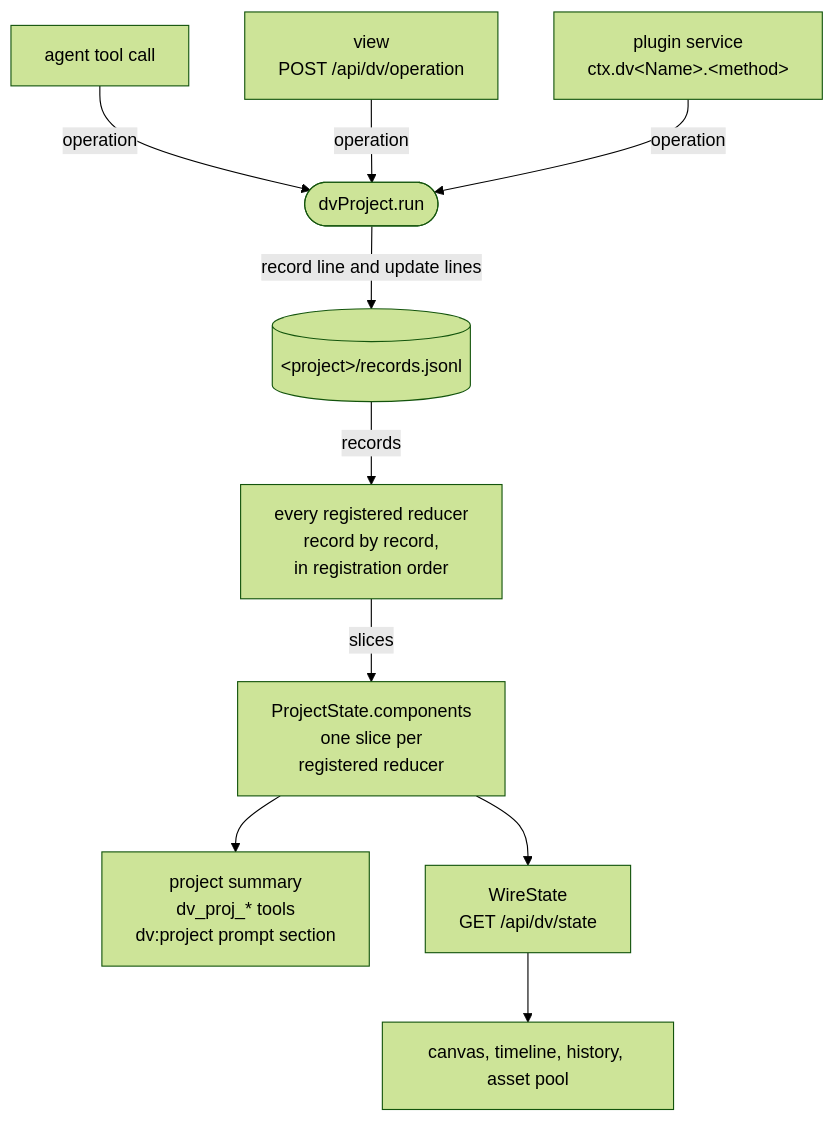
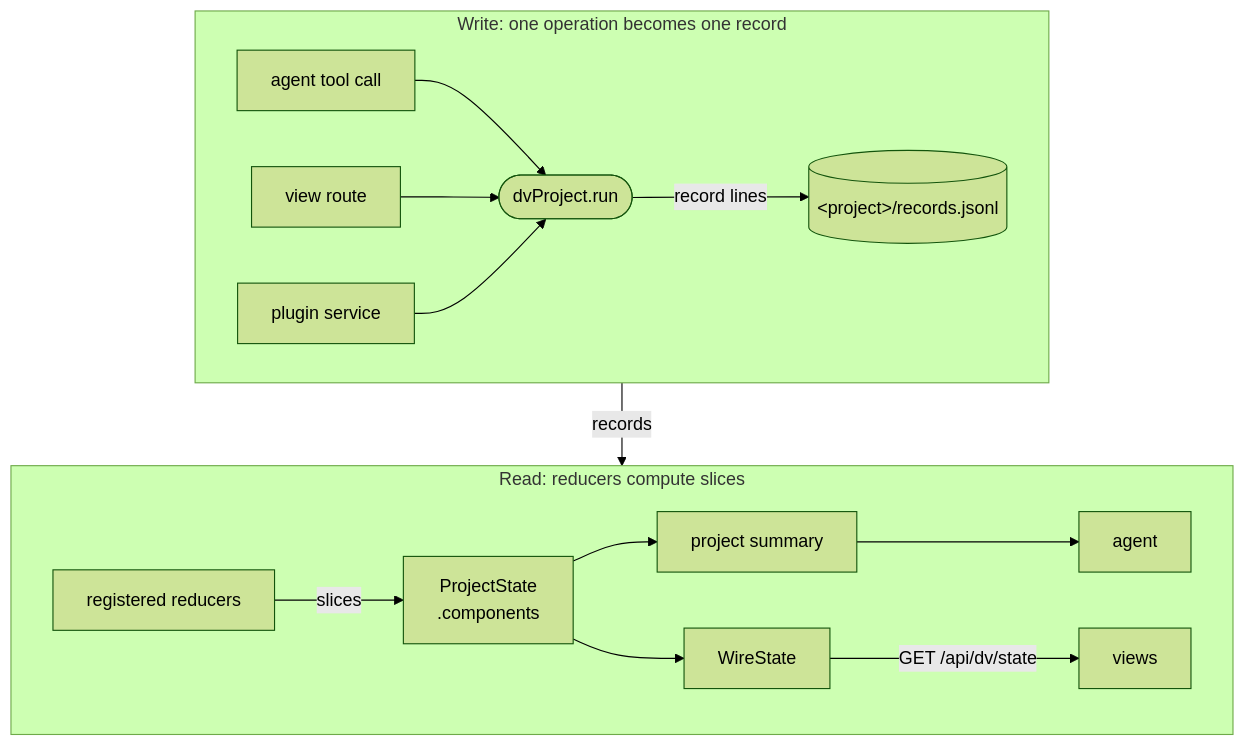
One commit to fastvideo-project/dreamverse-harness changed the third of 3 diagrams in docs/dreamverse/architecture.md. Above: the diagram before and after it, drawn with Mermaid (forest theme). The commit also changed other lines of this file and 20 other files, not shown here.

````diff
--- a/docs/dreamverse/architecture.md
+++ b/docs/dreamverse/architecture.md
@@ -130,22 +127,30 @@
 ```mermaid
 flowchart TB
-  agent["agent tool call"]
-  view["view<br/>POST /api/dv/operation"]
-  plugin["plugin service<br/>ctx.dv#lt;Name#gt;.#lt;method#gt;"]
-  run(["dvProject.run"])
-  records[("#lt;project#gt;/records.jsonl")]
-  reducers["every registered reducer<br/>record by record,<br/>in registration order"]
-  components["ProjectState.components<br/>one slice per<br/>registered reducer"]
-  summary["project summary<br/>dv_proj_* tools<br/>dv:project prompt section"]
-  wire["WireState<br/>GET /api/dv/state"]
-  views["canvas, timeline, history, asset pool"]
-  agent -- "operation" --> run
-  view -- "operation" --> run
-  plugin -- "operation" --> run
-  run -- "record line and update lines" --> records
-  records -- "records" --> reducers
-  reducers -- "slices" --> components
-  components --> summary
-  components --> wire
-  wire --> views
+  subgraph write["Write: one operation becomes one record"]
+    direction LR
+    agenttool["agent tool call"]
+    view["view route"]
+    plugin["plugin service"]
+    run(["dvProject.run"])
+    records[("#lt;project#gt;/records.jsonl")]
+    agenttool --> run
+    view --> run
+    plugin --> run
+    run -- "record lines" --> records
+  end
+  subgraph read["Read: reducers compute slices"]
+    direction LR
+    reducers["registered reducers"]
+    components["ProjectState<br/>.components"]
+    summary["project summary"]
+    wire["WireState"]
+    agent["agent"]
+    views["views"]
+    reducers -- "slices" --> components
+    components --> summary
+    components --> wire
+    summary --> agent
+    wire -- "GET /api/dv/state" --> views
+  end
+  write -- "records" --> read
 ```
````
